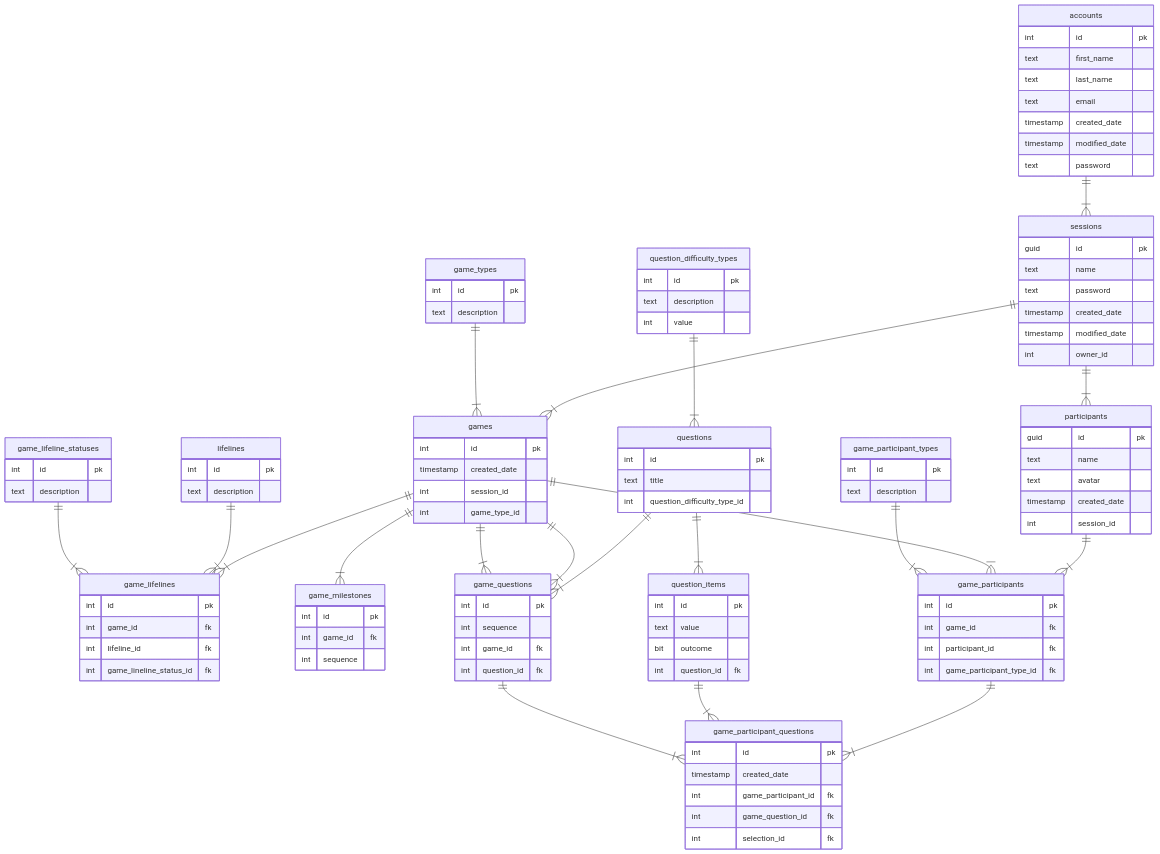
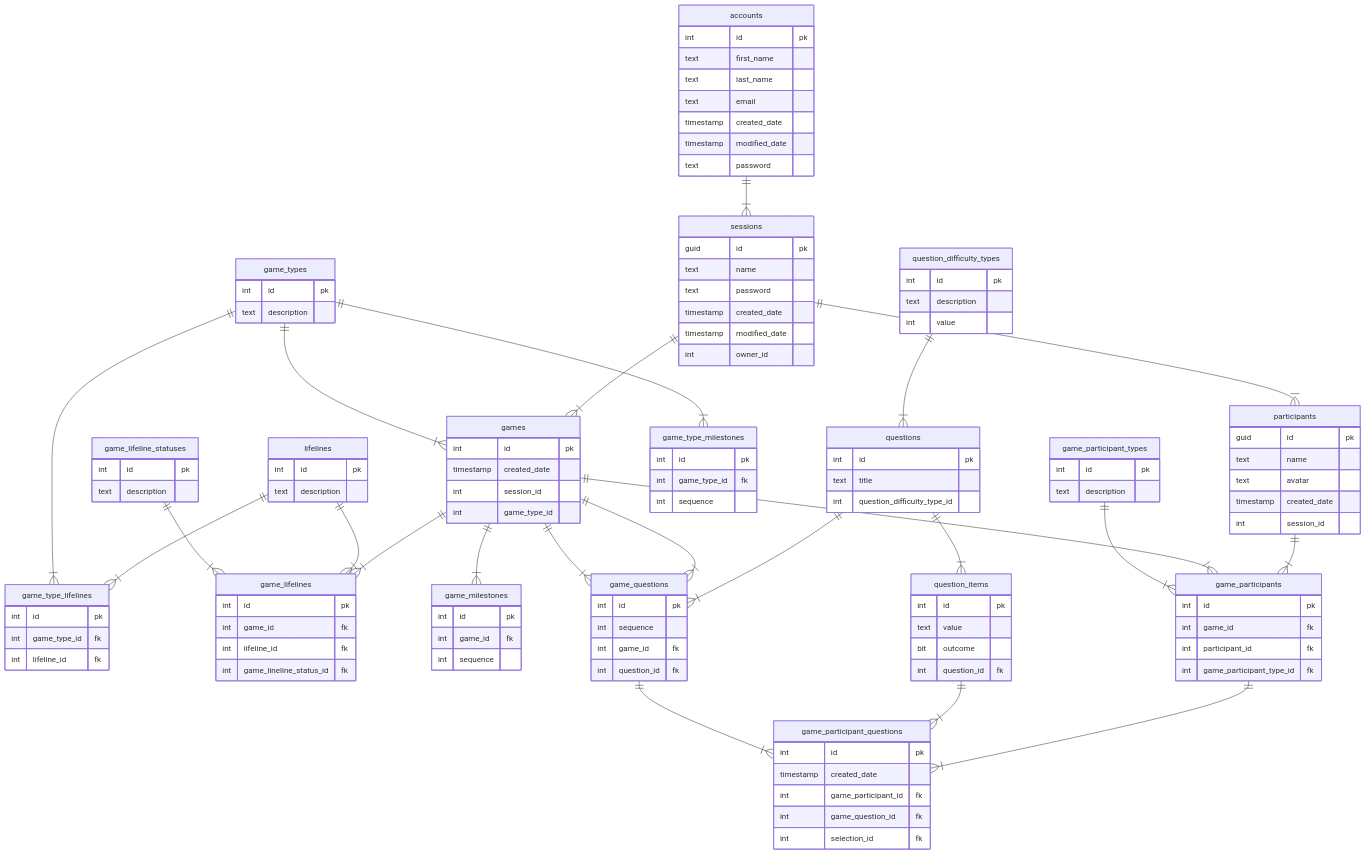
Before and after one commit to UnosquareCOE/wwtbam: the second of 2 diagrams in README.md, drawn with Mermaid. The commit also changed other lines of this file and 1 other file, not shown here.

Commit message:
add game_type_lifelines and game_type_milestones

````diff
--- a/README.md
+++ b/README.md
@@ -106,6 +106,16 @@
     lifelines {
         int id pk
         text description 
+    }
+    game_type_lifelines {
+        int id pk
+        int game_type_id fk
+        int lifeline_id fk
+    }
+    game_type_milestones {
+        int id pk
+        int game_type_id fk
+        int sequence
     }
     question_difficulty_types {
         int id pk
@@ -176,6 +186,9 @@
     games ||--|{ game_participants : ""
     games ||--|{ game_milestones : ""
     game_participant_types ||--|{ game_participants: ""
+    lifelines ||--|{ game_type_lifelines: ""
+    game_types ||--|{ game_type_lifelines: ""
+    game_types ||--|{ game_type_milestones: ""
 
 
 ```
````
